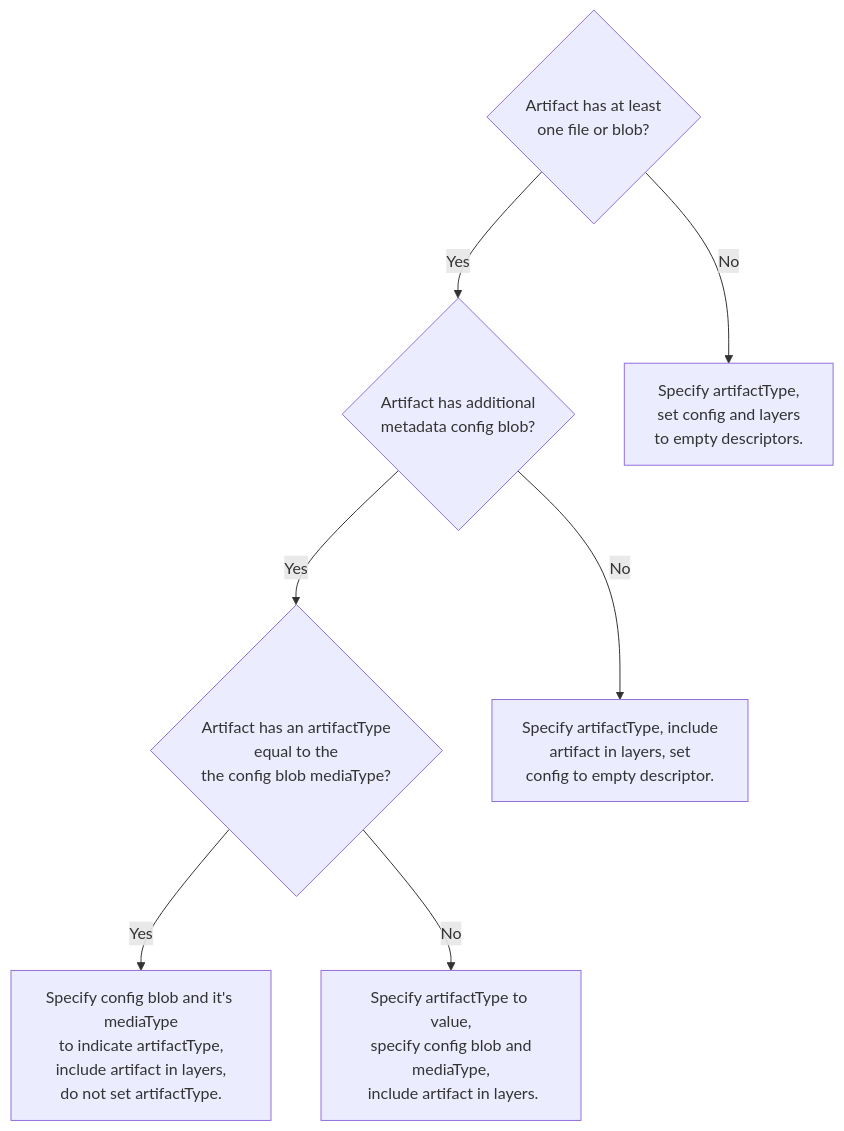
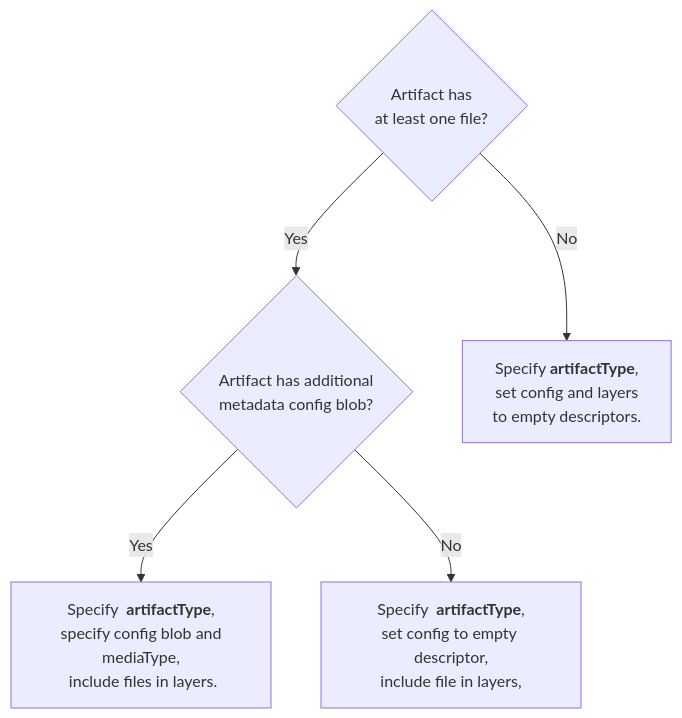
One commit to oras-project/oras-www changed the second of 2 diagrams in docs/concepts/artifact.mdx. Above: the diagram before and after it, drawn with Mermaid. The commit also changed other lines of this file, not shown here.

````diff
--- a/docs/concepts/artifact.mdx
+++ b/docs/concepts/artifact.mdx
@@ -173,18 +200,14 @@
 ```mermaid
-graph TD
-    HasBlob{Artifact has at least<br>one file or blob?}
-    HasConfigData{Artifact has additional<br> metadata config blob?}
-    HasConfigEqArtifactType{Artifact has an artifactType<br>equal to the <br>the config blob mediaType?}
-    
-    Artifact_NoBlobs[Specify artifactType,<br>set config and layers<br>to empty descriptors.]
-    Artifact_NoConfig[Specify artifactType, include<br>artifact in layers, set<br>config to empty descriptor.]
-    Artifact_WithConfigBlob[Specify artifactType to value,<br> specify config blob and mediaType,<br> include artifact in layers.]
-    Artifact_NoArtifactType[Specify config blob and it's mediaType<br>to indicate artifactType,<br>include artifact in layers,<br>do not set artifactType.]
+flowchart TD
+  HasBlob{Artifact has<br>at least one file?}
+  HasConfigData{Artifact has additional<br> metadata config blob?}
+  
+  Artifact_NoBlobs[Specify <b>artifactType</b>,<br>set config and layers<br>to empty descriptors.]
+  Artifact_NoConfig[Specify  <b>artifactType</b>,<br>set config to empty descriptor,<br>include file in layers, ]
+  Artifact_WithConfig[Specify  <b>artifactType</b>,<br> specify config blob and mediaType,<br> include files in layers.]
 
-    HasBlob -- No --> Artifact_NoBlobs
-    HasBlob -- Yes --> HasConfigData
-    HasConfigData -- No --> Artifact_NoConfig
-    HasConfigData -- Yes --> HasConfigEqArtifactType
-    HasConfigEqArtifactType -- Yes --> Artifact_NoArtifactType
-    HasConfigEqArtifactType -- No --> Artifact_WithConfigBlob
+  HasBlob -- No --> Artifact_NoBlobs
+  HasBlob -- Yes --> HasConfigData
+  HasConfigData -- Yes --> Artifact_WithConfig
+  HasConfigData -- No --> Artifact_NoConfig
 ```
````
